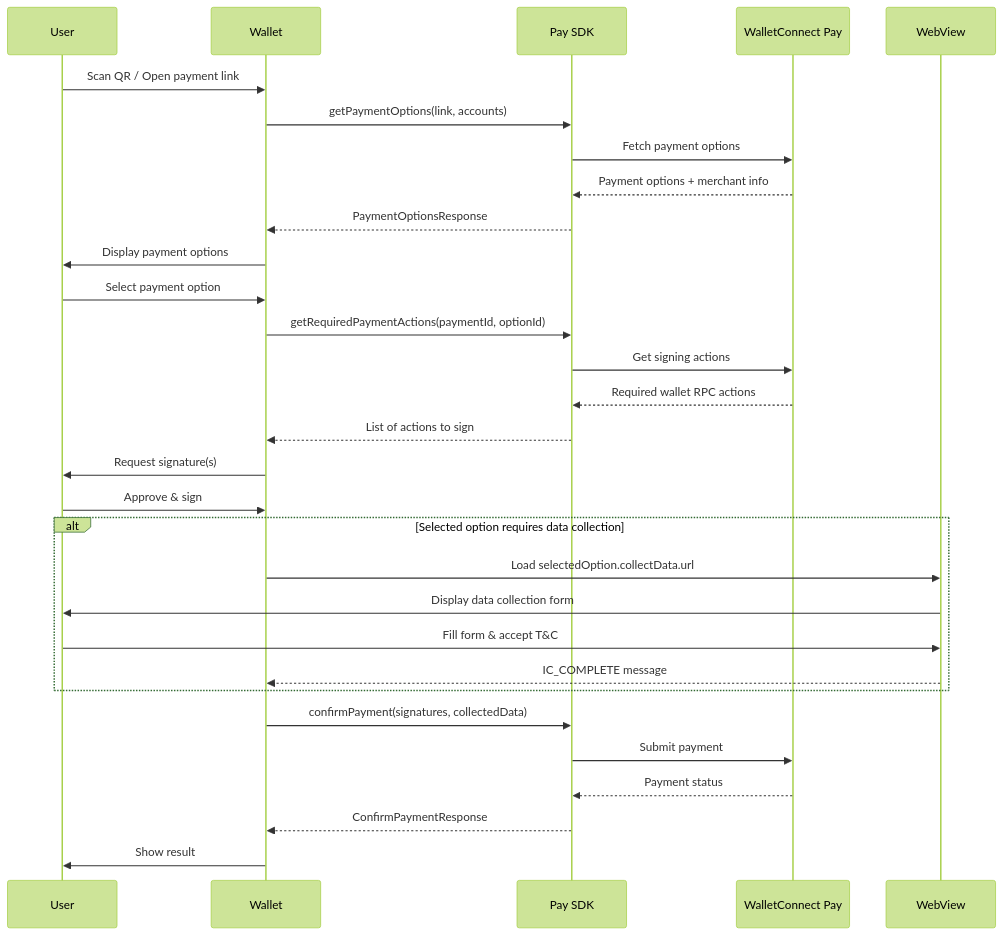
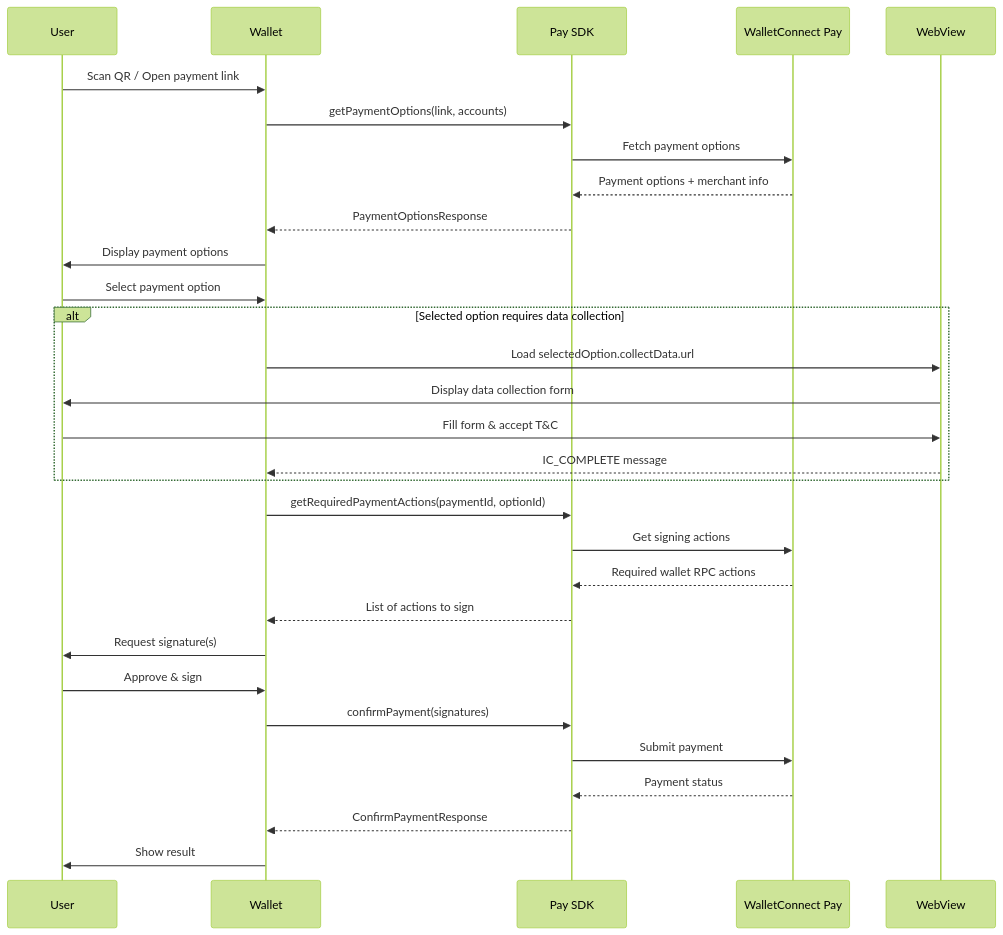
The diagram in payments/wallets/standalone/kotlin.mdx (WalletConnect/docs), drawn with Mermaid (forest theme) before and after one commit. The commit also changed other lines of this file and 14 other files, not shown here.

First line of the commit message:
fix(wallets): capture Information Capture before /fetch in payment flow

````diff
--- a/payments/wallets/standalone/kotlin.mdx
+++ b/payments/wallets/standalone/kotlin.mdx
@@ -125,37 +125,38 @@
 ```mermaid
 sequenceDiagram
     participant User
     participant Wallet
     participant PaySDK as Pay SDK
     participant Backend as WalletConnect Pay
     participant WebView
 
     User->>Wallet: Scan QR / Open payment link
     Wallet->>PaySDK: getPaymentOptions(link, accounts)
     PaySDK->>Backend: Fetch payment options
     Backend-->>PaySDK: Payment options + merchant info
     PaySDK-->>Wallet: PaymentOptionsResponse
     Wallet->>User: Display payment options
 
     User->>Wallet: Select payment option
+
+    alt Selected option requires data collection
+        Wallet->>WebView: Load selectedOption.collectData.url
+        WebView->>User: Display data collection form
+        User->>WebView: Fill form & accept T&C
+        WebView-->>Wallet: IC_COMPLETE message
+    end
+
     Wallet->>PaySDK: getRequiredPaymentActions(paymentId, optionId)
     PaySDK->>Backend: Get signing actions
     Backend-->>PaySDK: Required wallet RPC actions
     PaySDK-->>Wallet: List of actions to sign
 
     Wallet->>User: Request signature(s)
     User->>Wallet: Approve & sign
 
-    alt Selected option requires data collection
-        Wallet->>WebView: Load selectedOption.collectData.url
-        WebView->>User: Display data collection form
-        User->>WebView: Fill form & accept T&C
-        WebView-->>Wallet: IC_COMPLETE message
-    end
-
-    Wallet->>PaySDK: confirmPayment(signatures, collectedData)
+    Wallet->>PaySDK: confirmPayment(signatures)
     PaySDK->>Backend: Submit payment
     Backend-->>PaySDK: Payment status
     PaySDK-->>Wallet: ConfirmPaymentResponse
     Wallet->>User: Show result
 ```
````
